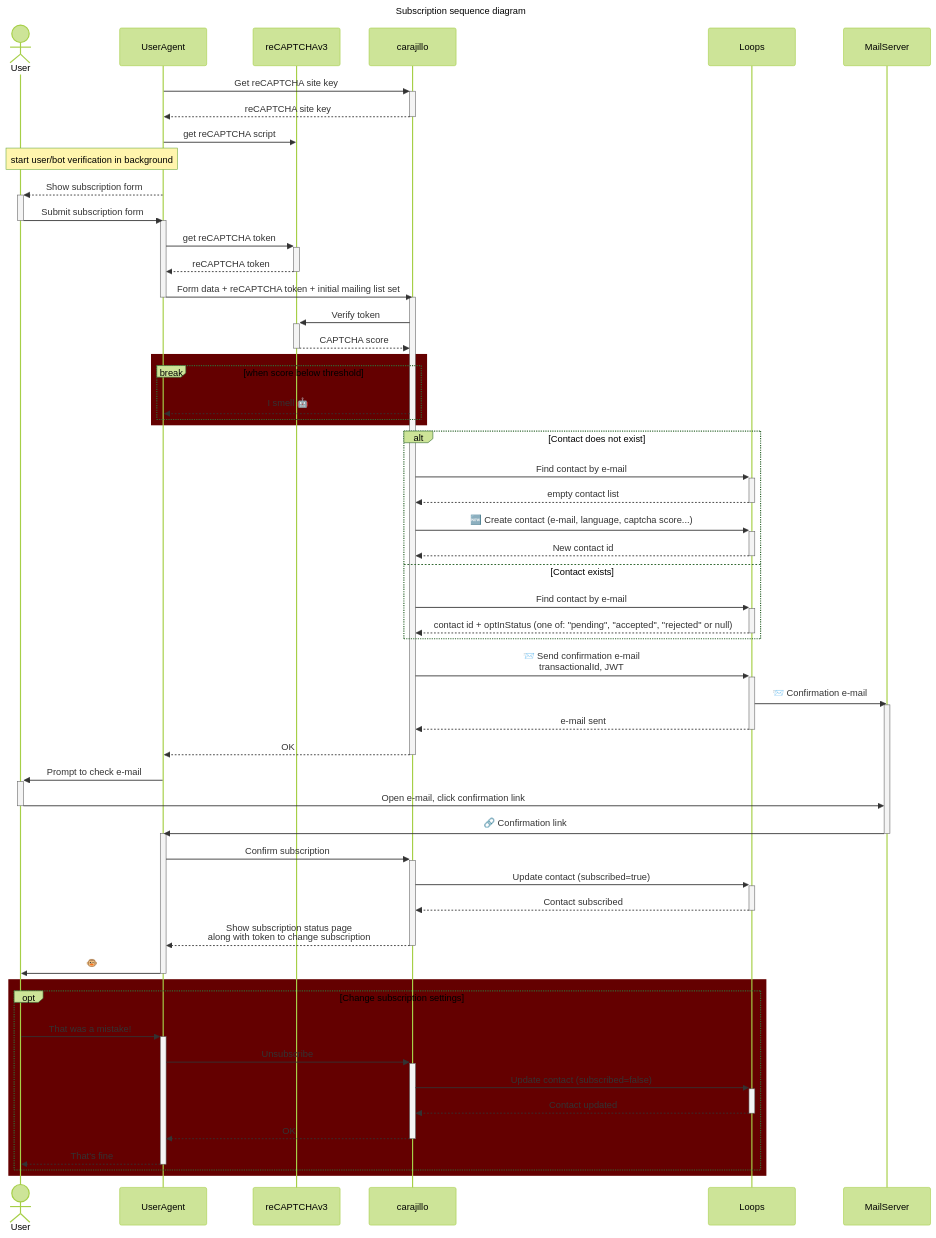
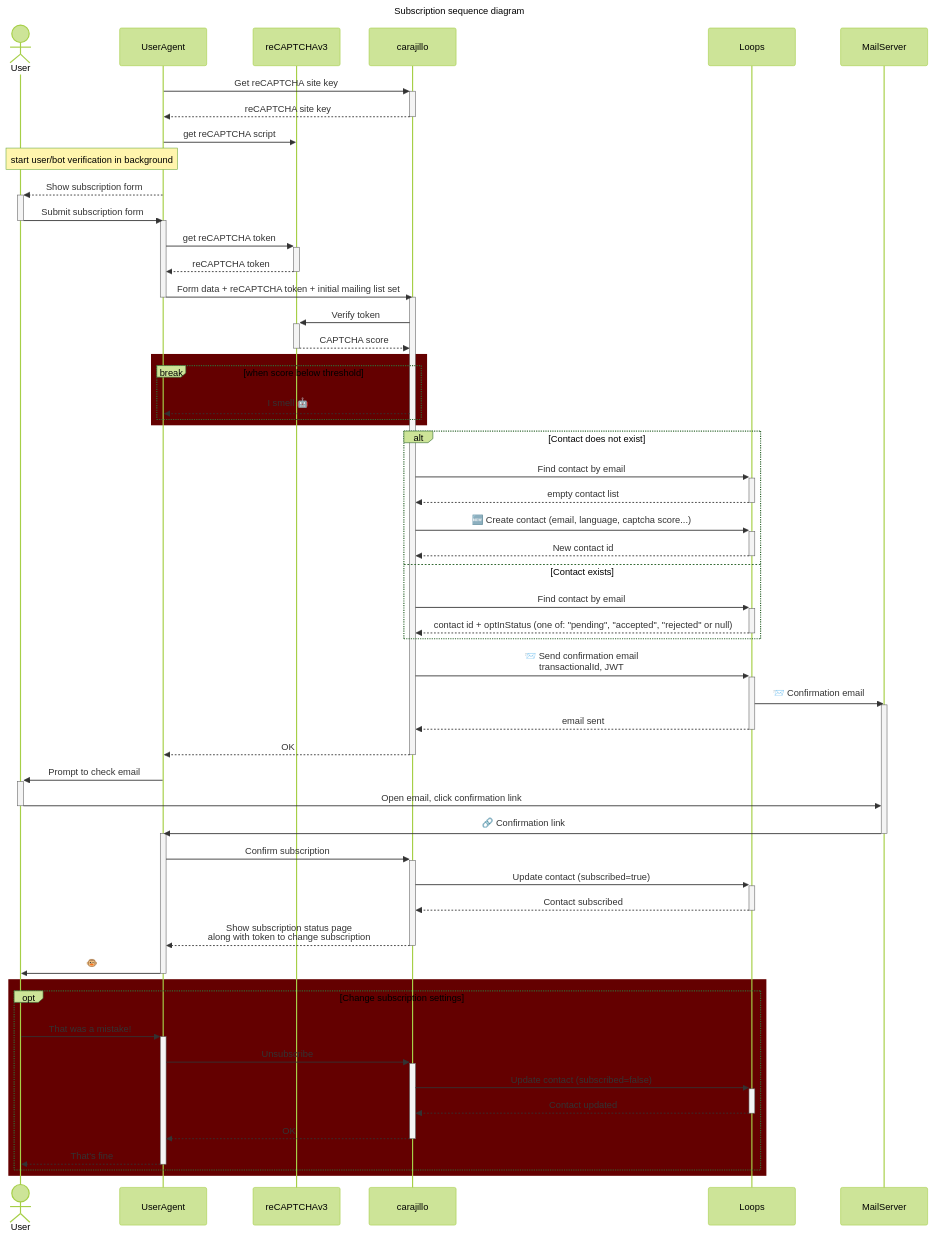
The first of 2 diagrams in README.md (lispmachine/carajillo), drawn with Mermaid (forest theme) before and after one commit. The commit also changed other lines of this file and 6 other files, not shown here.

````diff
--- a/README.md
+++ b/README.md
@@ -89,75 +98,75 @@
 ```mermaid
 ---
 title: Subscription sequence diagram 
 ---
 sequenceDiagram
   actor User
   participant UserAgent
   participant reCAPTCHAv3
   participant carajillo
   participant Loops
   participant MailServer
 
   UserAgent ->>+ carajillo: Get reCAPTCHA site key
   carajillo -->>- UserAgent: reCAPTCHA site key
   UserAgent ->> reCAPTCHAv3: get reCAPTCHA script
   note over User,UserAgent: start user/bot verification in background
 
   UserAgent -->>+ User: Show subscription form
 
   User ->>- UserAgent: Submit subscription form
   activate UserAgent
   UserAgent ->>+ reCAPTCHAv3: get reCAPTCHA token
   reCAPTCHAv3 -->>- UserAgent: reCAPTCHA token
   UserAgent ->> carajillo: Form data + reCAPTCHA token + initial mailing list set
   deactivate UserAgent
 
     activate carajillo
     carajillo ->>+ reCAPTCHAv3: Verify token
     reCAPTCHAv3 -->>- carajillo: CAPTCHA score
     rect rgb(100, 0, 0)
       break when score below threshold
         carajillo -->> UserAgent: I smell 🤖
       end
     end
 
     alt Contact does not exist
-      carajillo ->>+ Loops: Find contact by e-mail
+      carajillo ->>+ Loops: Find contact by email
       Loops -->>- carajillo: empty contact list
-      carajillo ->>+ Loops: 🆕 Create contact (e-mail, language, captcha score...)
+      carajillo ->>+ Loops: 🆕 Create contact (email, language, captcha score...)
       Loops -->>- carajillo: New contact id
     else Contact exists
-      carajillo ->>+ Loops: Find contact by e-mail
+      carajillo ->>+ Loops: Find contact by email
       Loops -->>- carajillo: contact id + optInStatus (one of: "pending", "accepted", "rejected" or null)
     end
-    carajillo ->>+ Loops: 📨 Send confirmation e-mail<br/>transactionalId, JWT
-    Loops ->> MailServer: 📨 Confirmation e-mail
+    carajillo ->>+ Loops: 📨 Send confirmation email<br/>transactionalId, JWT
+    Loops ->> MailServer: 📨 Confirmation email
     activate MailServer
-    Loops -->>- carajillo: e-mail sent
+    Loops -->>- carajillo: email sent
 
   carajillo -->> UserAgent: OK
   deactivate carajillo
-  UserAgent ->>+ User: Prompt to check e-mail
+  UserAgent ->>+ User: Prompt to check email
 
-  User ->>- MailServer: Open e-mail, click confirmation link
+  User ->>- MailServer: Open email, click confirmation link
   MailServer ->> UserAgent: 🔗 Confirmation link
   deactivate MailServer
   activate UserAgent
   UserAgent ->>+ carajillo: Confirm subscription
     carajillo ->>+ Loops: Update contact (subscribed=true)
     Loops -->>- carajillo: Contact subscribed
   carajillo -->>- UserAgent: Show subscription status page<br/>along with token to change subscription
   UserAgent ->> User: 🐵
   deactivate UserAgent
 
   rect rgb(100, 0, 0)
     opt Change subscription settings
       User ->>+ UserAgent: That was a mistake!
       UserAgent ->>+ carajillo: Unsubscribe
       carajillo ->>+ Loops: Update contact (subscribed=false)
       Loops -->>- carajillo: Contact updated
       carajillo -->>- UserAgent: OK
       UserAgent -->>- User: That's fine
     end
   end
 ```
````
